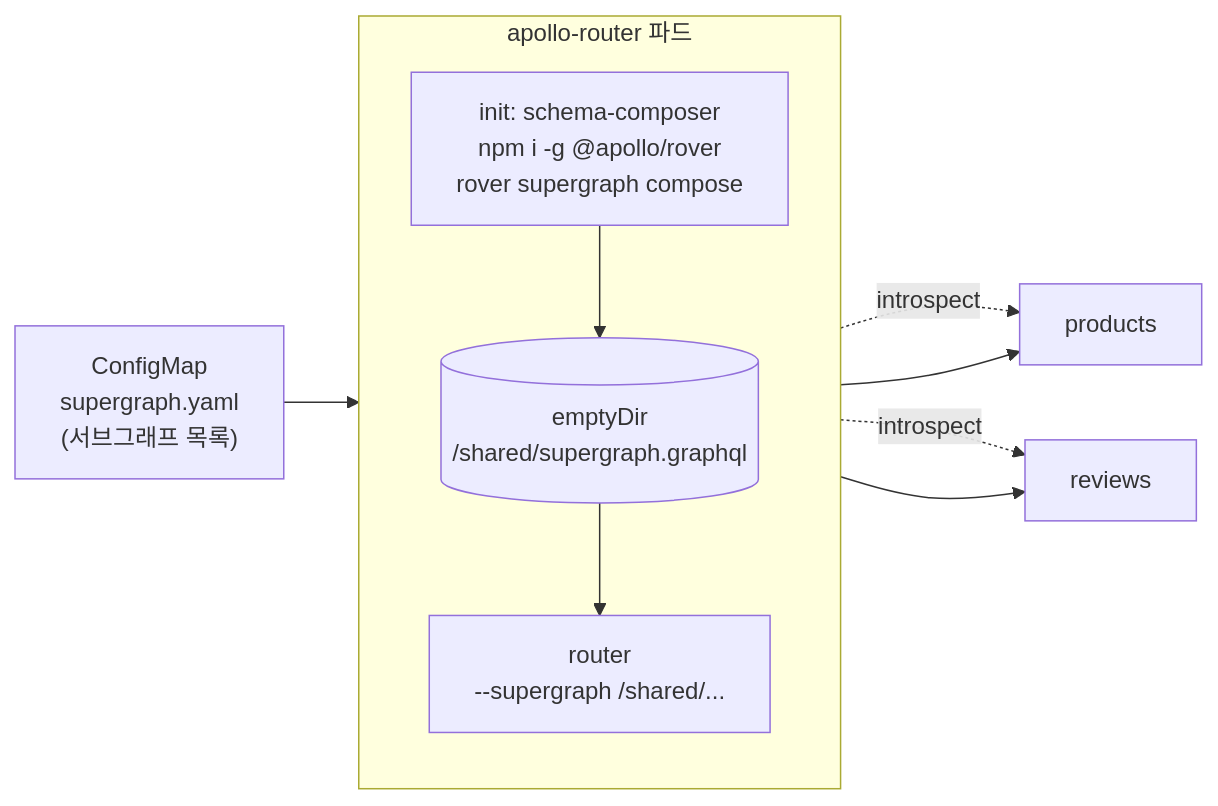
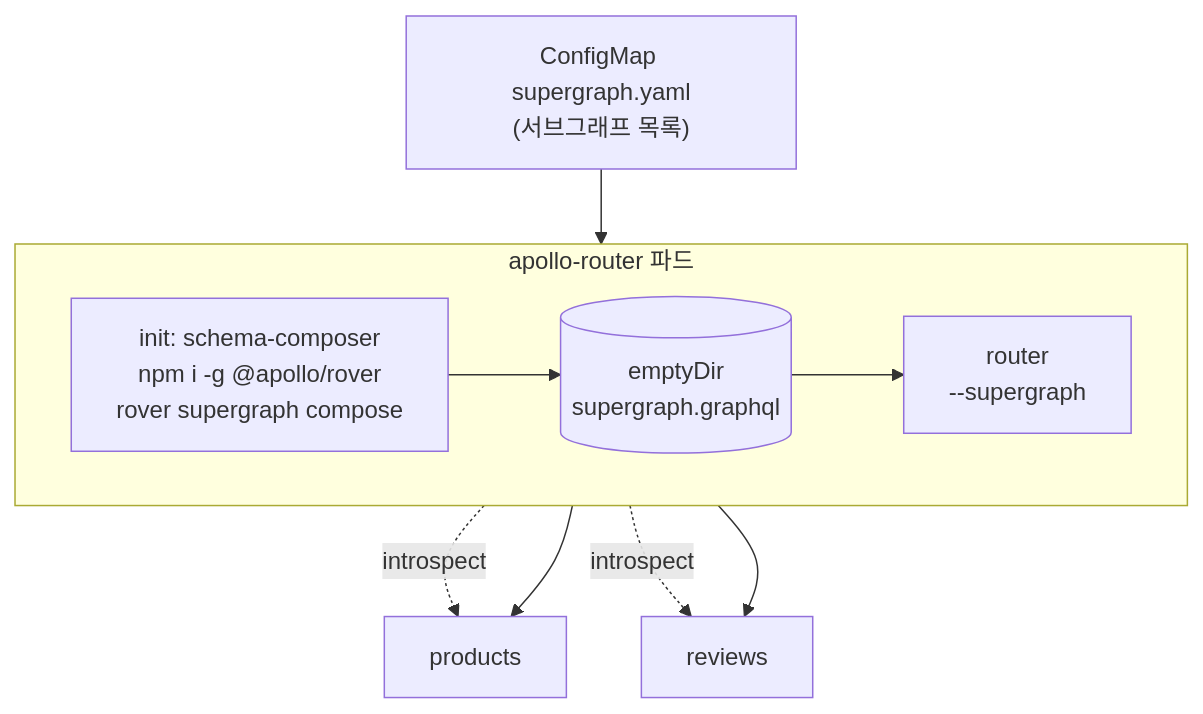
The diagram in src/content/blog/apollo-router-init-container-compose/index.md (songtomtom/songtomtom.github.io), drawn with Mermaid before and after one commit.

Commit message:
Apollo Router 1편 구조도를 세로 배치로 변경

````diff
--- a/src/content/blog/apollo-router-init-container-compose/index.md
+++ b/src/content/blog/apollo-router-init-container-compose/index.md
@@ -21,15 +21,12 @@
 ```mermaid
-flowchart LR
+flowchart TB
+    cm["ConfigMap supergraph.yaml<br/>(서브그래프 목록)"] --> init
     subgraph pod["apollo-router 파드"]
-        direction TB
-        init["init: schema-composer<br/>npm i -g @apollo/rover<br/>rover supergraph compose"]
-        vol[("emptyDir<br/>/shared/supergraph.graphql")]
-        router["router<br/>--supergraph /shared/..."]
-        init --> vol --> router
+        direction LR
+        init["init: schema-composer<br/>npm i -g @apollo/rover<br/>rover supergraph compose"] --> vol[("emptyDir<br/>supergraph.graphql")] --> router["router<br/>--supergraph"]
     end
-    cm["ConfigMap<br/>supergraph.yaml<br/>(서브그래프 목록)"] --> init
     init -. introspect .-> products["products"]
     init -. introspect .-> reviews["reviews"]
     router --> products
     router --> reviews
 ```
````
